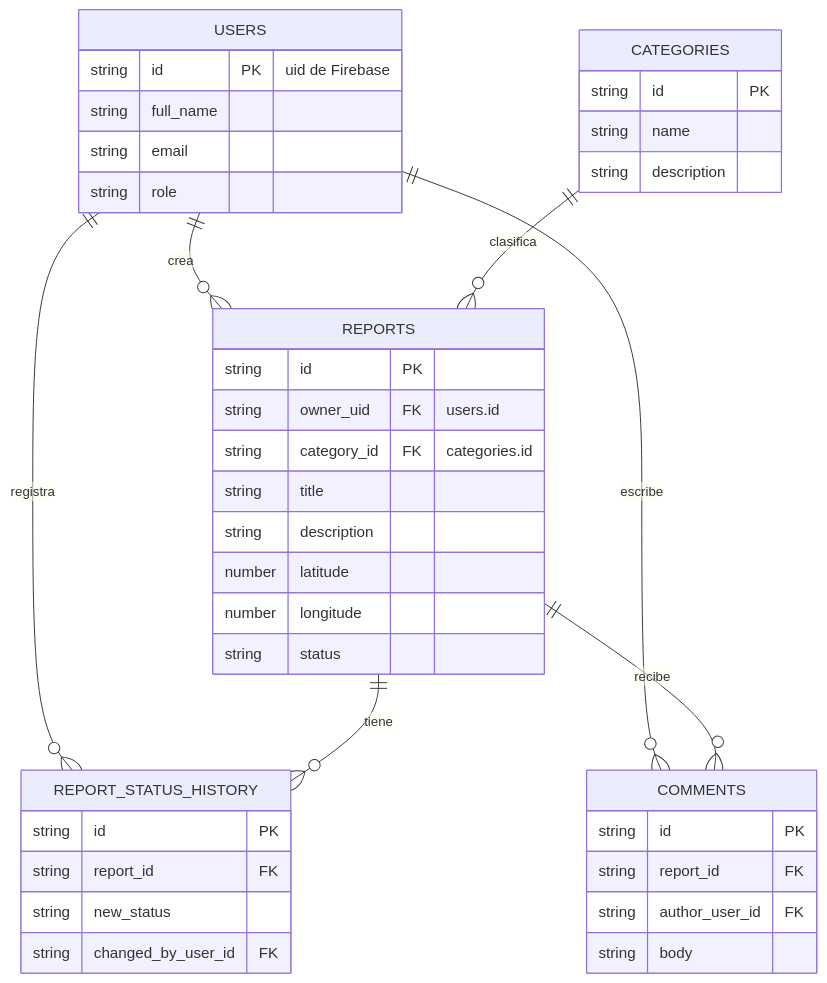
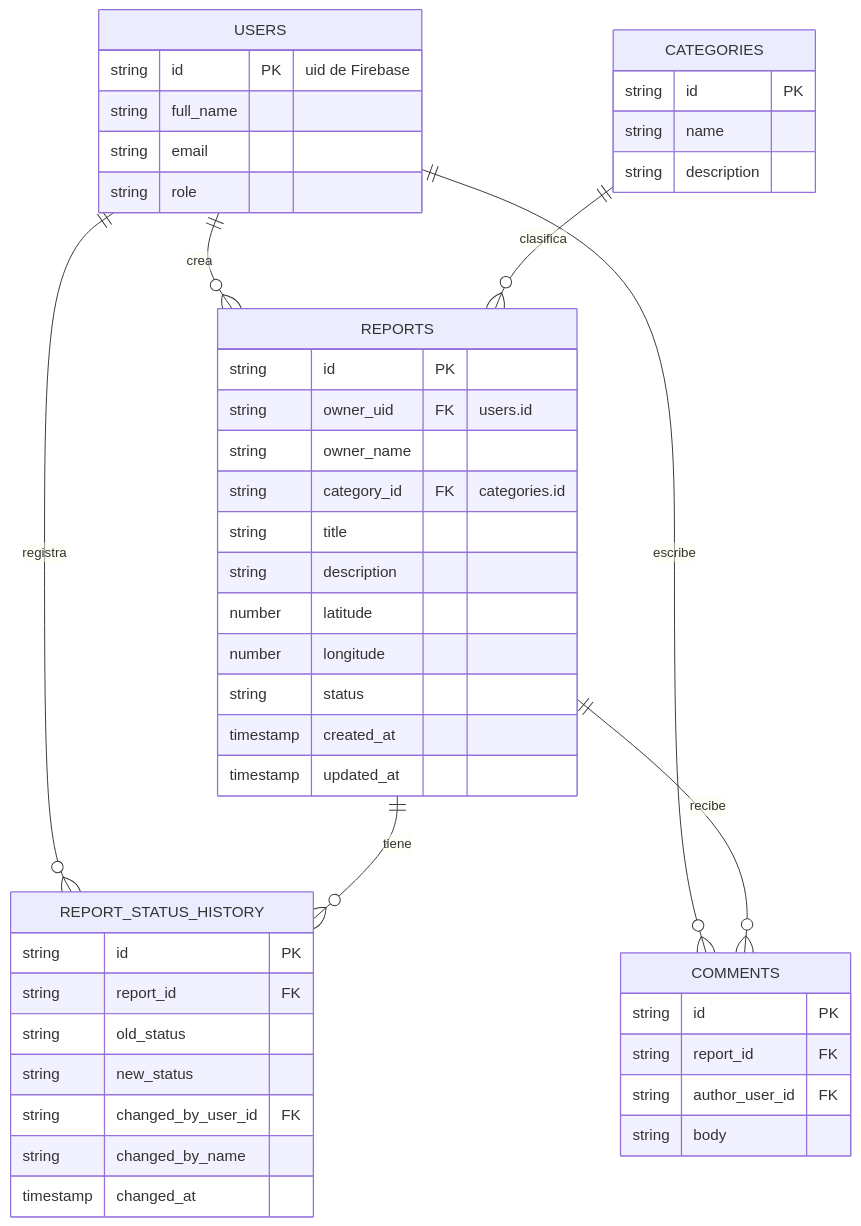
The diagram in docs/modelo-datos.md (Tucostefav/ciudad-activa), drawn with Mermaid before and after one commit. The commit also changed other lines of this file and 23 other files, not shown here.

````diff
--- a/docs/modelo-datos.md
+++ b/docs/modelo-datos.md
@@ -7,43 +7,49 @@
 ```mermaid
 erDiagram
     USERS ||--o{ REPORTS : "crea"
     USERS ||--o{ COMMENTS : "escribe"
     USERS ||--o{ REPORT_STATUS_HISTORY : "registra"
     CATEGORIES ||--o{ REPORTS : "clasifica"
     REPORTS ||--o{ REPORT_STATUS_HISTORY : "tiene"
     REPORTS ||--o{ COMMENTS : "recibe"
 
     USERS {
         string id PK "uid de Firebase"
         string full_name
         string email
         string role
     }
     CATEGORIES {
         string id PK
         string name
         string description
     }
     REPORTS {
         string id PK
         string owner_uid FK "users.id"
+        string owner_name
         string category_id FK "categories.id"
         string title
         string description
         number latitude
         number longitude
         string status
+        timestamp created_at
+        timestamp updated_at
     }
     REPORT_STATUS_HISTORY {
         string id PK
         string report_id FK
+        string old_status
         string new_status
         string changed_by_user_id FK
+        string changed_by_name
+        timestamp changed_at
     }
     COMMENTS {
         string id PK
         string report_id FK
         string author_user_id FK
         string body
     }
 ```
````
